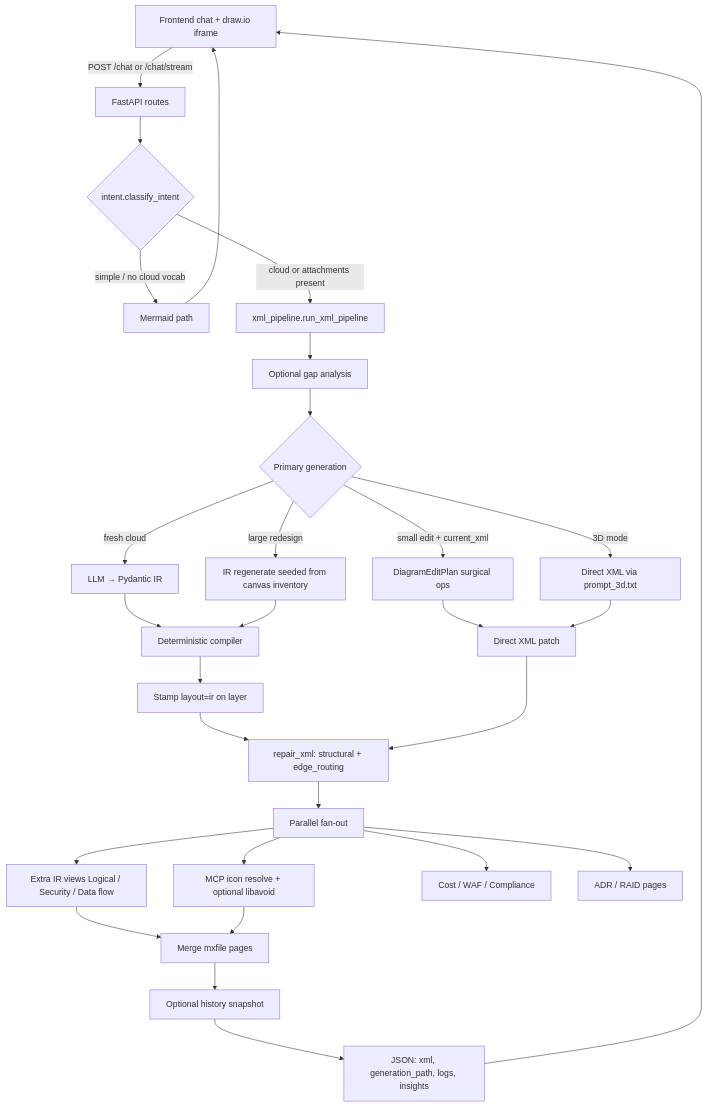
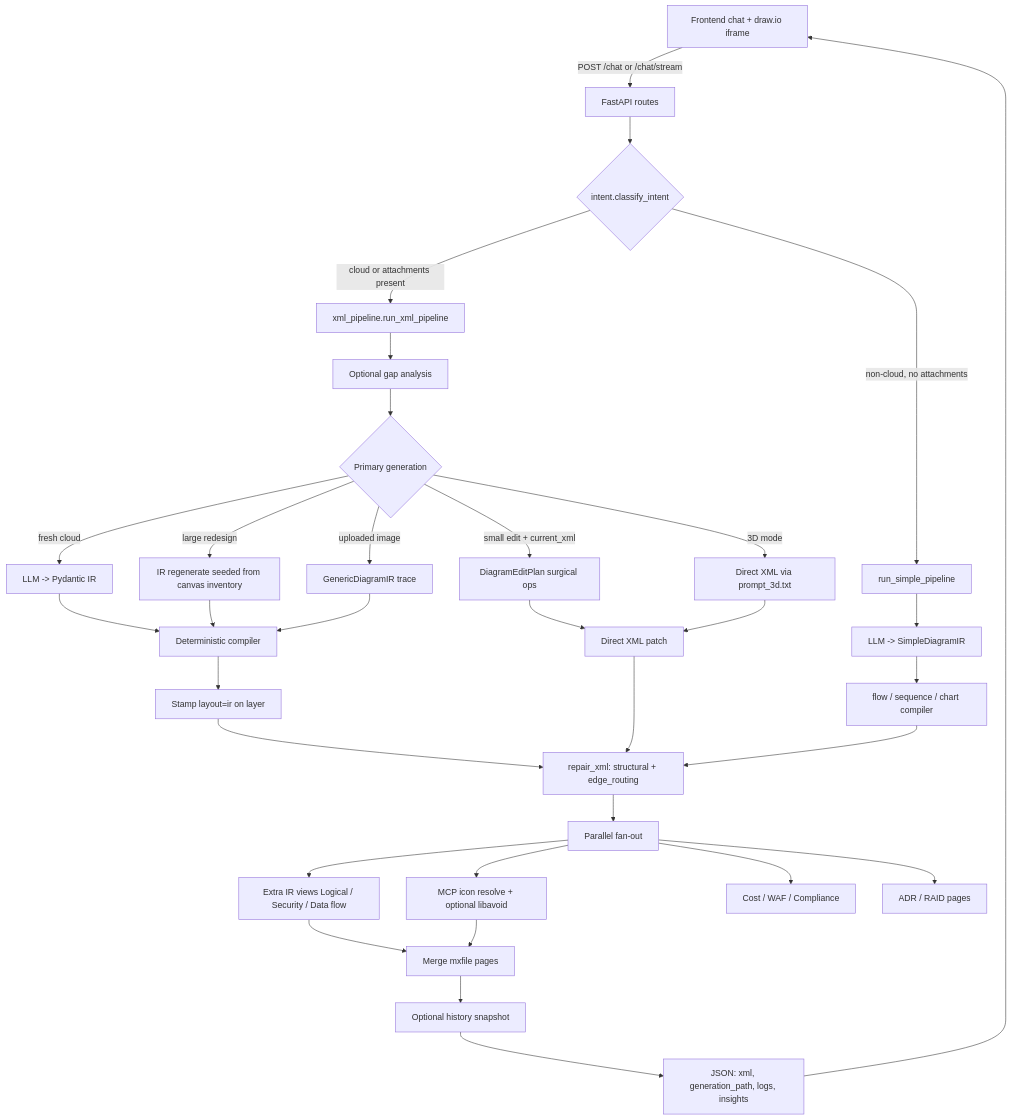
The first of 2 diagrams in README.md (riteshag77/drawio-agent), drawn with Mermaid before and after one commit. The commit also changed other lines of this file and 8 other files, not shown here.

````diff
--- a/README.md
+++ b/README.md
@@ -261,38 +394,43 @@
 ```mermaid
 flowchart TD
   UI[Frontend chat + draw.io iframe] -->|POST /chat or /chat/stream| API[FastAPI routes]
   API --> Intent{intent.classify_intent}
 
-  Intent -->|simple / no cloud vocab| Mermaid[Mermaid path]
+  Intent -->|non-cloud, no attachments| Simple[run_simple_pipeline]
   Intent -->|cloud or attachments present| Pipe[xml_pipeline.run_xml_pipeline]
+
+  Simple --> SimpleIR[LLM -> SimpleDiagramIR]
+  SimpleIR --> SimpleComp[flow / sequence / chart compiler]
 
   Pipe --> Gap[Optional gap analysis]
   Gap --> Primary{Primary generation}
 
-  Primary -->|fresh cloud| IR[LLM → Pydantic IR]
+  Primary -->|fresh cloud| IR[LLM -> Pydantic IR]
   Primary -->|small edit + current_xml| Surg[DiagramEditPlan surgical ops]
   Primary -->|large redesign| IRregen[IR regenerate seeded from canvas inventory]
+  Primary -->|uploaded image| GenIR[GenericDiagramIR trace]
   Primary -->|3D mode| XML3D[Direct XML via prompt_3d.txt]
 
   IR --> Comp[Deterministic compiler]
   IRregen --> Comp
+  GenIR --> Comp
   Comp --> Stamp["Stamp layout=ir on layer"]
   Surg --> Direct[Direct XML patch]
   XML3D --> Direct
 
   Stamp --> Repair[repair_xml: structural + edge_routing]
   Direct --> Repair
+  SimpleComp --> Repair
 
   Repair --> Fanout[Parallel fan-out]
   Fanout --> Views[Extra IR views Logical / Security / Data flow]
   Fanout --> MCP[MCP icon resolve + optional libavoid]
   Fanout --> Enrich[Cost / WAF / Compliance]
   Fanout --> Docs[ADR / RAID pages]
 
   Views --> Merge[Merge mxfile pages]
   MCP --> Merge
   Merge --> Hist[Optional history snapshot]
   Hist --> Resp[JSON: xml, generation_path, logs, insights]
   Resp --> UI
-  Mermaid --> UI
 ```
````
